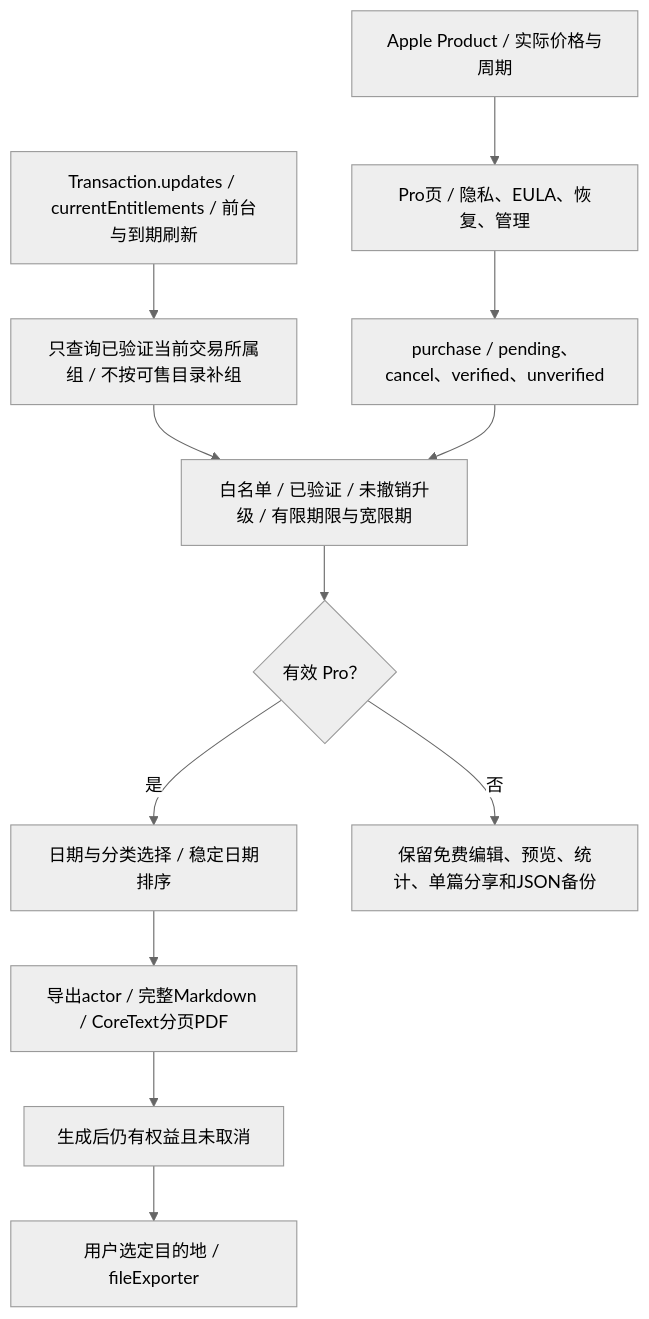
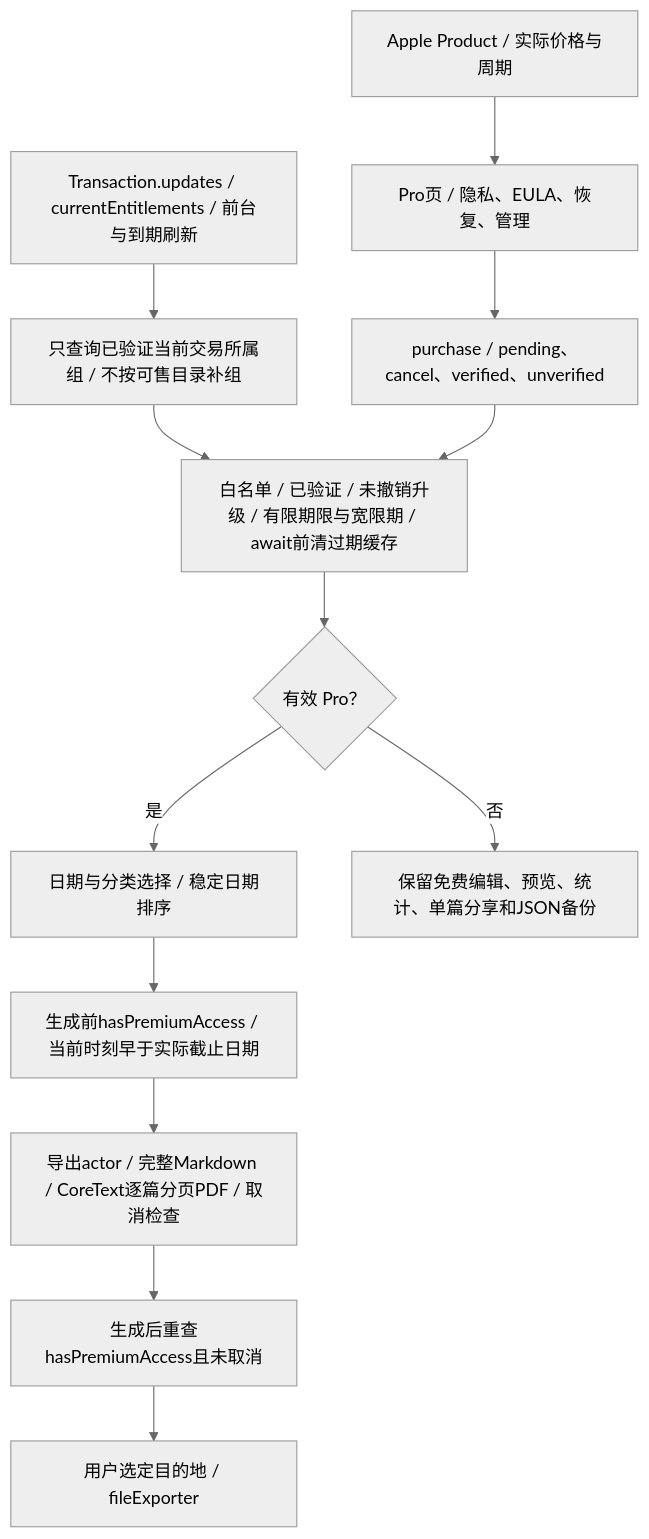
One commit to Altman-sam114/117 changed the third of 4 diagrams in md/flow/flowchart.md. Above: the diagram before and after it, drawn with Mermaid (neutral theme). The commit also changed other lines of this file and 17 other files, not shown here.

````diff
--- a/md/flow/flowchart.md
+++ b/md/flow/flowchart.md
@@ -47,14 +47,15 @@
 ```mermaid
 flowchart TD
   Products["Apple Product / 实际价格与周期"] --> Paywall["Pro页 / 隐私、EULA、恢复、管理"]
   Paywall --> Purchase["purchase / pending、cancel、verified、unverified"]
   Updates["Transaction.updates / currentEntitlements / 前台与到期刷新"] --> Groups["只查询已验证当前交易所属组 / 不按可售目录补组"]
-  Groups --> Verify["白名单 / 已验证 / 未撤销升级 / 有限期限与宽限期"]
+  Groups --> Verify["白名单 / 已验证 / 未撤销升级 / 有限期限与宽限期 / await前清过期缓存"]
   Purchase --> Verify
   Verify --> Entitled{"有效 Pro？"}
   Entitled -- "是" --> Filter["日期与分类选择 / 稳定日期排序"]
-  Filter --> Actor["导出actor / 完整Markdown / CoreText分页PDF"]
-  Actor --> Recheck["生成后仍有权益且未取消"]
+  Filter --> Deadline["生成前hasPremiumAccess / 当前时刻早于实际截止日期"]
+  Deadline --> Actor["导出actor / 完整Markdown / CoreText逐篇分页PDF / 取消检查"]
+  Actor --> Recheck["生成后重查hasPremiumAccess且未取消"]
   Recheck --> Files["用户选定目的地 / fileExporter"]
   Entitled -- "否" --> Free["保留免费编辑、预览、统计、单篇分享和JSON备份"]
 ```
````
